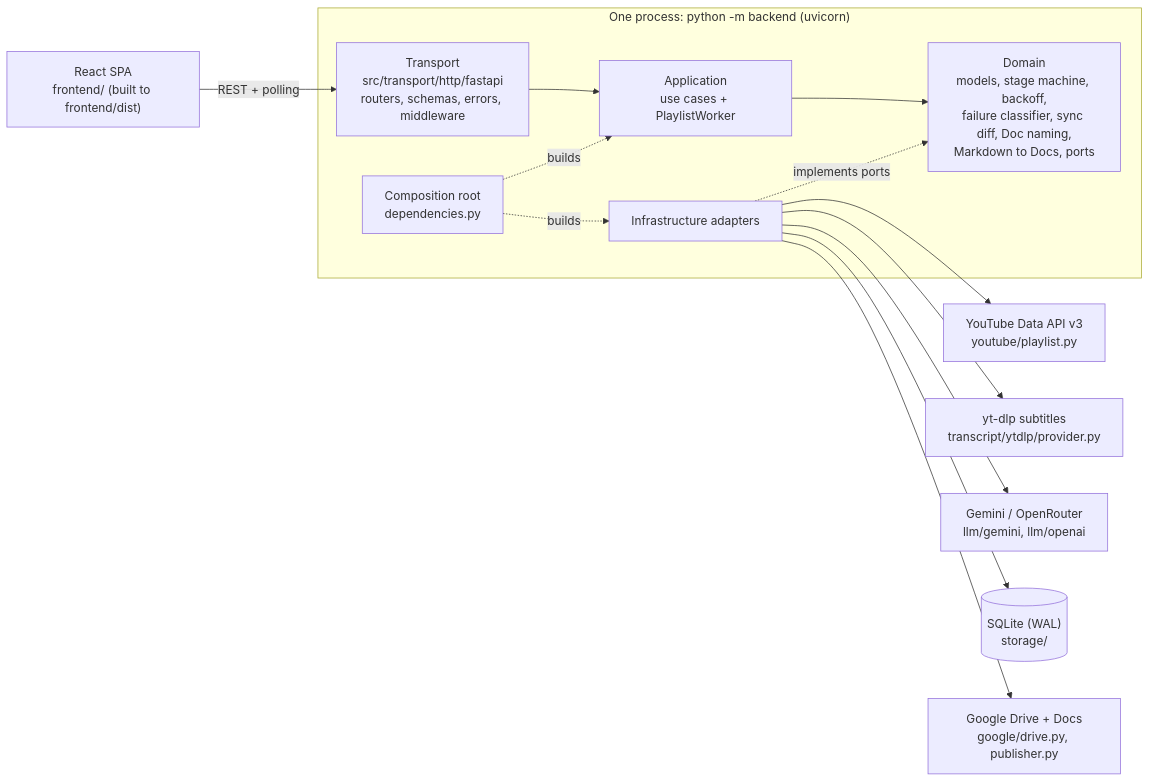
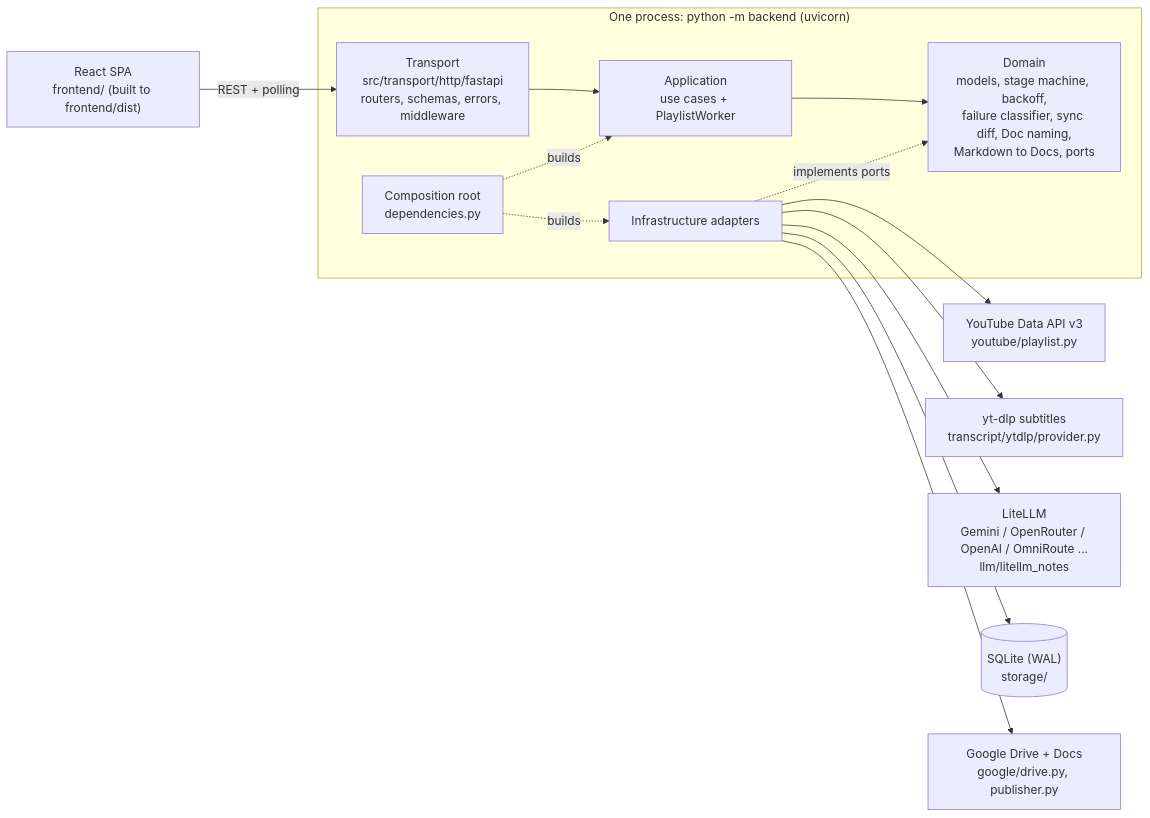
The first of 6 diagrams in docs/ARCHITECTURE.md (vikas794/atlas), drawn with Mermaid before and after one commit. The commit also changed other lines of this file and 24 other files, not shown here.

````diff
--- a/docs/ARCHITECTURE.md
+++ b/docs/ARCHITECTURE.md
@@ -13,21 +13,21 @@
 ```mermaid
 flowchart LR
   UI["React SPA<br/>frontend/ (built to frontend/dist)"] -- "REST + polling" --> T
   subgraph Process["One process: python -m backend (uvicorn)"]
     T["Transport<br/>src/transport/http/fastapi<br/>routers, schemas, errors, middleware"]
     CR["Composition root<br/>dependencies.py"]
     A["Application<br/>use cases + PlaylistWorker"]
     D["Domain<br/>models, stage machine, backoff,<br/>failure classifier, sync diff, Doc naming,<br/>Markdown to Docs, ports"]
     I["Infrastructure adapters"]
     T --> A
     CR -. builds .-> A
     CR -. builds .-> I
     A --> D
     I -. implements ports .-> D
   end
   I --> YT["YouTube Data API v3<br/>youtube/playlist.py"]
   I --> YD["yt-dlp subtitles<br/>transcript/ytdlp/provider.py"]
-  I --> LLM["Gemini / OpenRouter<br/>llm/gemini, llm/openai"]
+  I --> LLM["LiteLLM<br/>Gemini / OpenRouter / OpenAI / OmniRoute ...<br/>llm/litellm_notes"]
   I --> DB[("SQLite (WAL)<br/>storage/")]
   I --> GD["Google Drive + Docs<br/>google/drive.py, publisher.py"]
 ```
````
